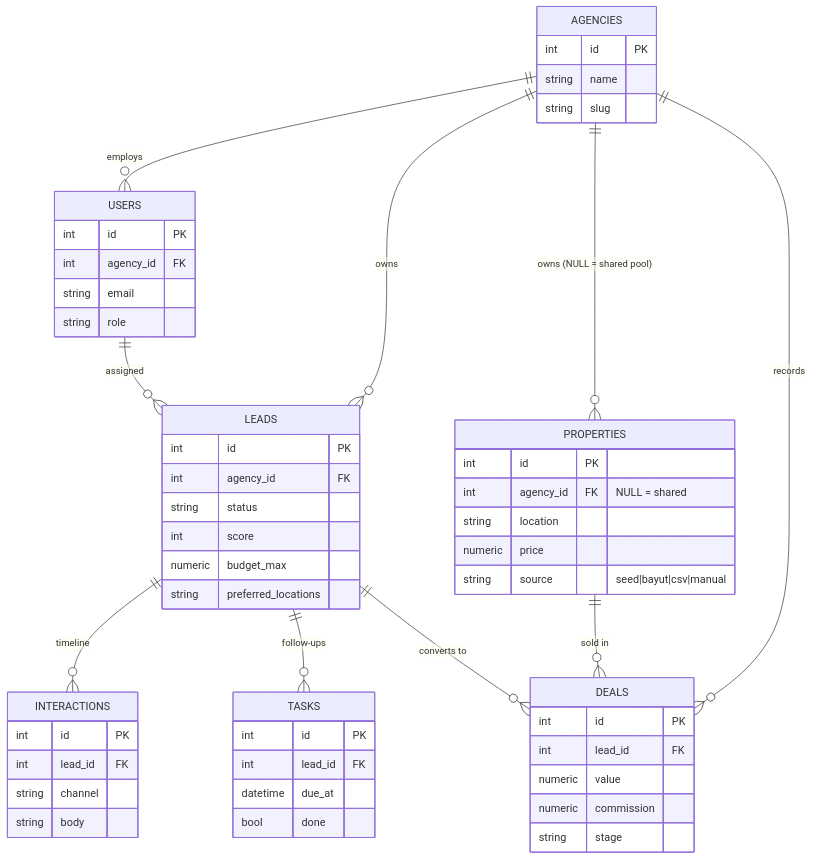
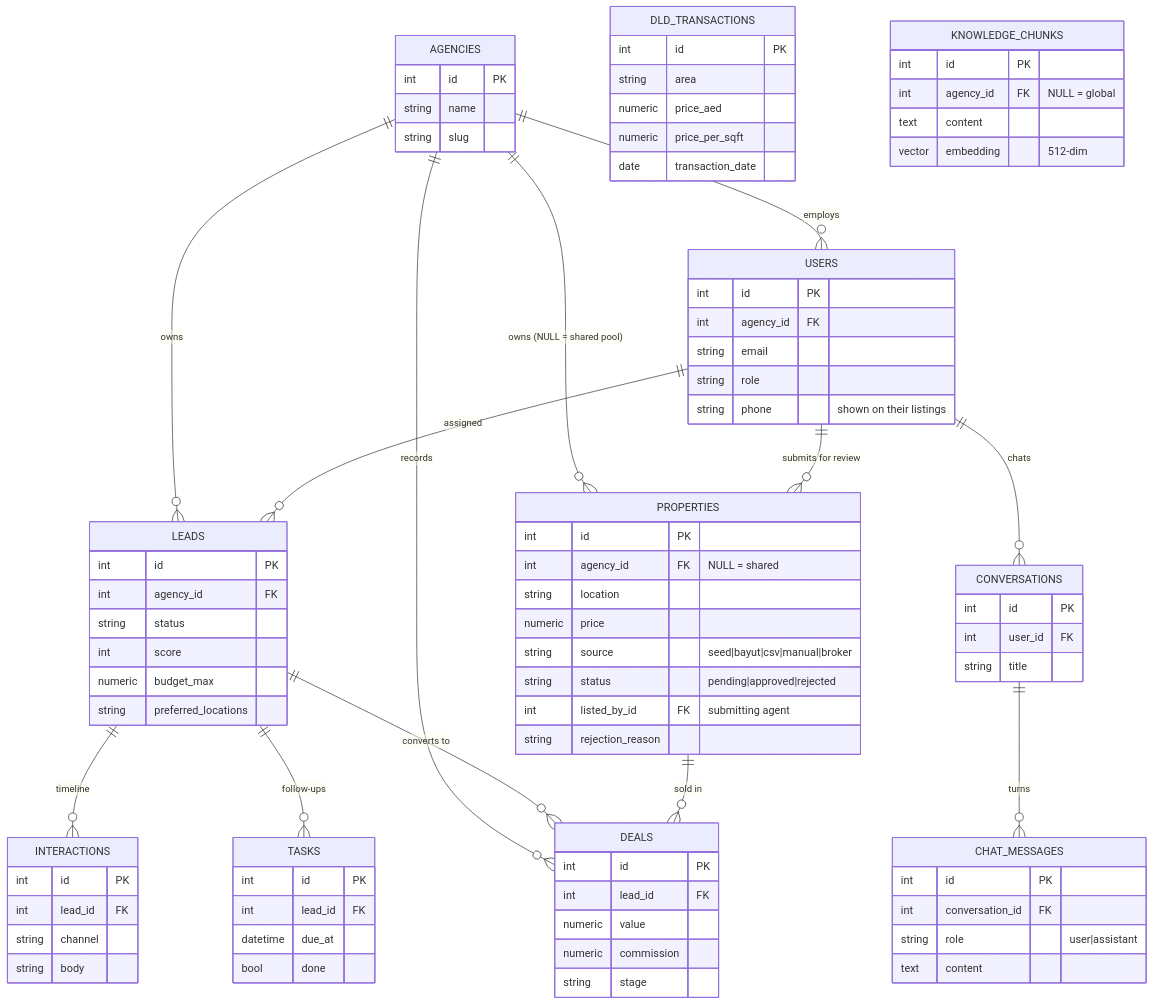
The fifth of 6 diagrams in README.md (nazsats/dubai-real-estate), drawn with Mermaid before and after one commit. The commit also changed other lines of this file and 7 other files, not shown here.

````diff
--- a/README.md
+++ b/README.md
@@ -207,44 +303,67 @@
 ```mermaid
 erDiagram
     AGENCIES ||--o{ USERS : employs
     AGENCIES ||--o{ LEADS : owns
     AGENCIES ||--o{ PROPERTIES : "owns (NULL = shared pool)"
     AGENCIES ||--o{ DEALS : records
     LEADS    ||--o{ INTERACTIONS : "timeline"
     LEADS    ||--o{ TASKS : "follow-ups"
     LEADS    ||--o{ DEALS : "converts to"
     USERS    ||--o{ LEADS : "assigned"
+    USERS    ||--o{ PROPERTIES : "submits for review"
+    USERS    ||--o{ CONVERSATIONS : "chats"
     PROPERTIES ||--o{ DEALS : "sold in"
+    CONVERSATIONS ||--o{ CHAT_MESSAGES : "turns"
 
     AGENCIES { int id PK
                string name
                string slug }
     USERS    { int id PK
                int agency_id FK
                string email
-               string role }
+               string role
+               string phone "shown on their listings" }
     LEADS    { int id PK
                int agency_id FK
                string status
                int score
                numeric budget_max
                string preferred_locations }
     PROPERTIES { int id PK
                int agency_id FK "NULL = shared"
                string location
                numeric price
-               string source "seed|bayut|csv|manual" }
+               string source "seed|bayut|csv|manual|broker"
+               string status "pending|approved|rejected"
+               int listed_by_id FK "submitting agent"
+               string rejection_reason }
+    CONVERSATIONS { int id PK
+               int user_id FK
+               string title }
+    CHAT_MESSAGES { int id PK
+               int conversation_id FK
+               string role "user|assistant"
+               text content }
+    DLD_TRANSACTIONS { int id PK
+               string area
+               numeric price_aed
+               numeric price_per_sqft
+               date transaction_date }
+    KNOWLEDGE_CHUNKS { int id PK
+               int agency_id FK "NULL = global"
+               text content
+               vector embedding "512-dim" }
     INTERACTIONS { int id PK
                int lead_id FK
                string channel
                string body }
     TASKS    { int id PK
                int lead_id FK
                datetime due_at
                bool done }
     DEALS    { int id PK
                int lead_id FK
                numeric value
                numeric commission
                string stage }
 ```
````
